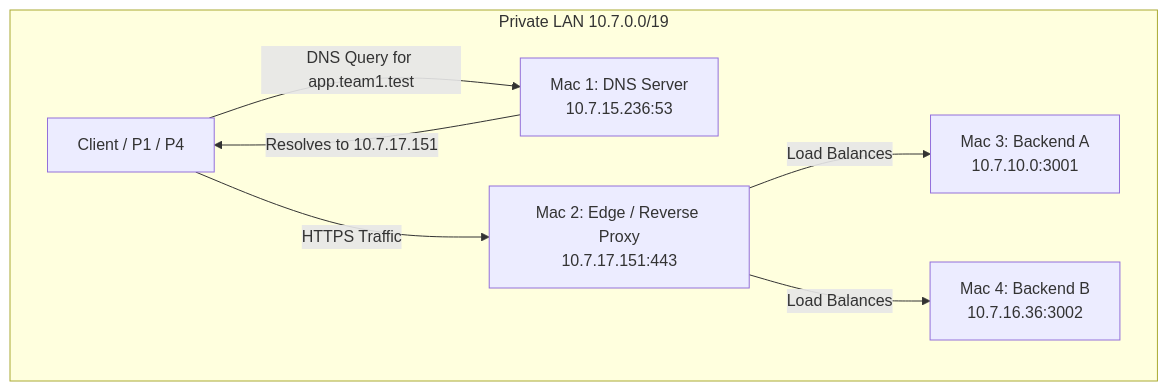
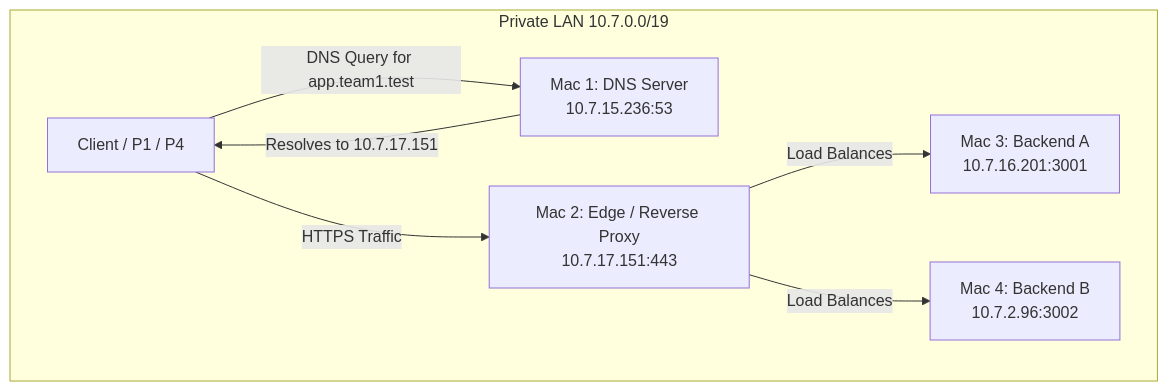
One commit to adityamathur5934/CN_Project changed the diagram in topology.md. Above: the diagram before and after it, drawn with Mermaid. The commit also changed other lines of this file and 24 other files, not shown here.

````diff
--- a/topology.md
+++ b/topology.md
@@ -18,17 +18,17 @@
 ```mermaid
 graph TD
     subgraph Private LAN 10.7.0.0/19
         C[Client / P1 / P4]
         
         M1[Mac 1: DNS Server<br>10.7.15.236:53]
         M2[Mac 2: Edge / Reverse Proxy<br>10.7.17.151:443]
-        M3[Mac 3: Backend A<br>10.7.10.0:3001]
-        M4[Mac 4: Backend B<br>10.7.16.36:3002]
+        M3[Mac 3: Backend A<br>10.7.16.201:3001]
+        M4[Mac 4: Backend B<br>10.7.2.96:3002]
         
         C -- "DNS Query for app.team1.test" --> M1
         M1 -- "Resolves to 10.7.17.151" --> C
         C -- "HTTPS Traffic" --> M2
         M2 -- "Load Balances" --> M3
         M2 -- "Load Balances" --> M4
     end
 ```
````
